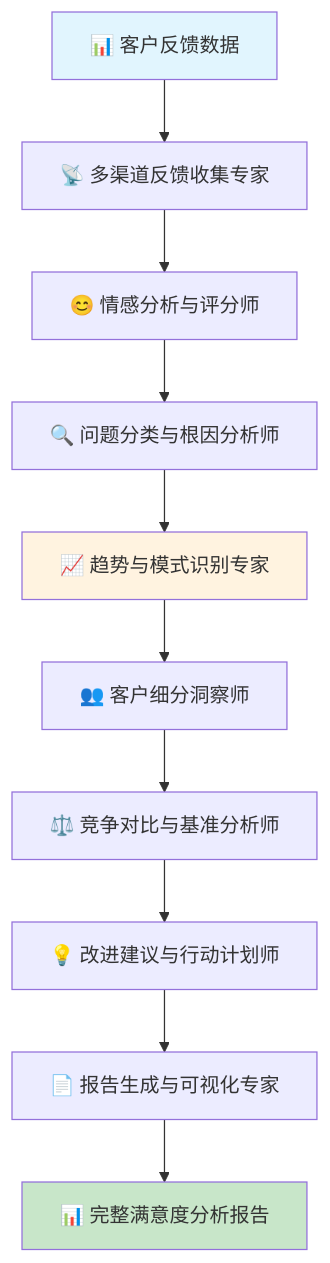
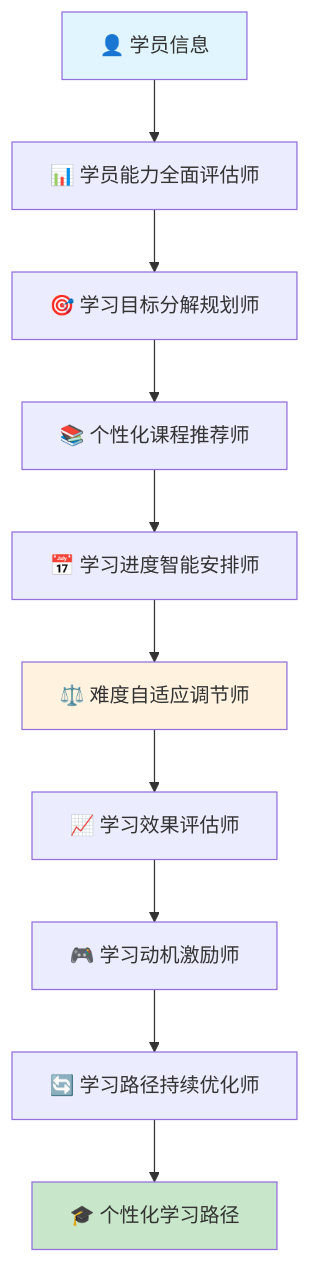
One commit to pftom/refly-use-cases changed the seventh of 21 diagrams in use-cases/detailed-use-cases.md. Above: the diagram before and after it, drawn with Mermaid. The commit also changed other lines of this file and 1 other file, not shown here.

````diff
--- a/use-cases/detailed-use-cases.md
+++ b/use-cases/detailed-use-cases.md
@@ -845,16 +670,16 @@
 ```mermaid
 graph TD
-    A[📊 客户反馈数据] --> B[📡 多渠道反馈收集专家]
-    B --> C[😊 情感分析与评分师]
-    C --> D[🔍 问题分类与根因分析师]
-    D --> E[📈 趋势与模式识别专家]
-    E --> F[👥 客户细分洞察师]
-    F --> G[⚖️ 竞争对比与基准分析师]
-    G --> H[💡 改进建议与行动计划师]
-    H --> I[📄 报告生成与可视化专家]
-    I --> J[📊 完整满意度分析报告]
+    A[👤 学员信息] --> B[📊 学员能力全面评估师]
+    B --> C[🎯 学习目标分解规划师]
+    C --> D[📚 个性化课程推荐师]
+    D --> E[📅 学习进度智能安排师]
+    E --> F[⚖️ 难度自适应调节师]
+    F --> G[📈 学习效果评估师]
+    G --> H[🎮 学习动机激励师]
+    H --> I[🔄 学习路径持续优化师]
+    I --> J[🎓 个性化学习路径]
     
     style A fill:#e1f5fe
     style J fill:#c8e6c9
-    style E fill:#fff3e0
+    style F fill:#fff3e0
 ```
````
